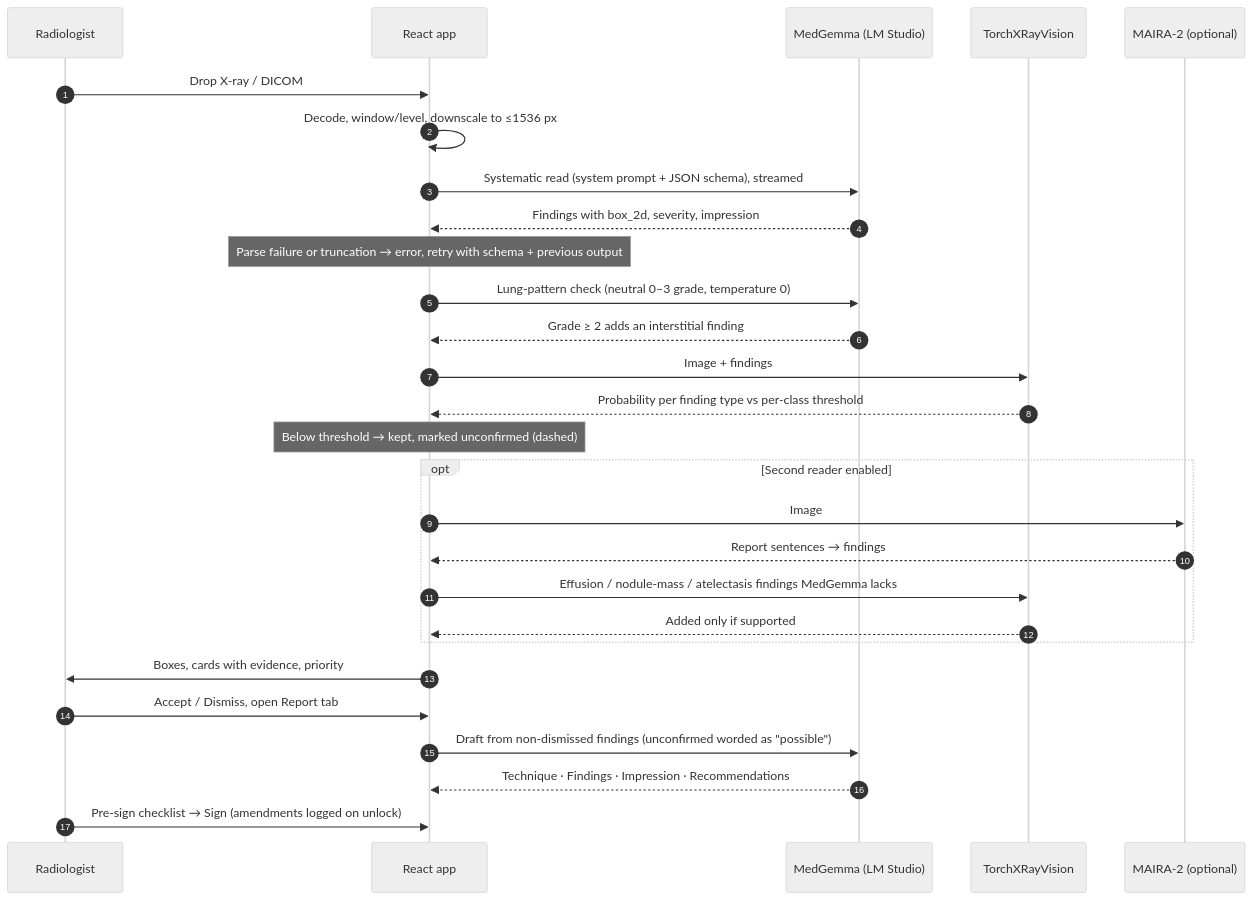
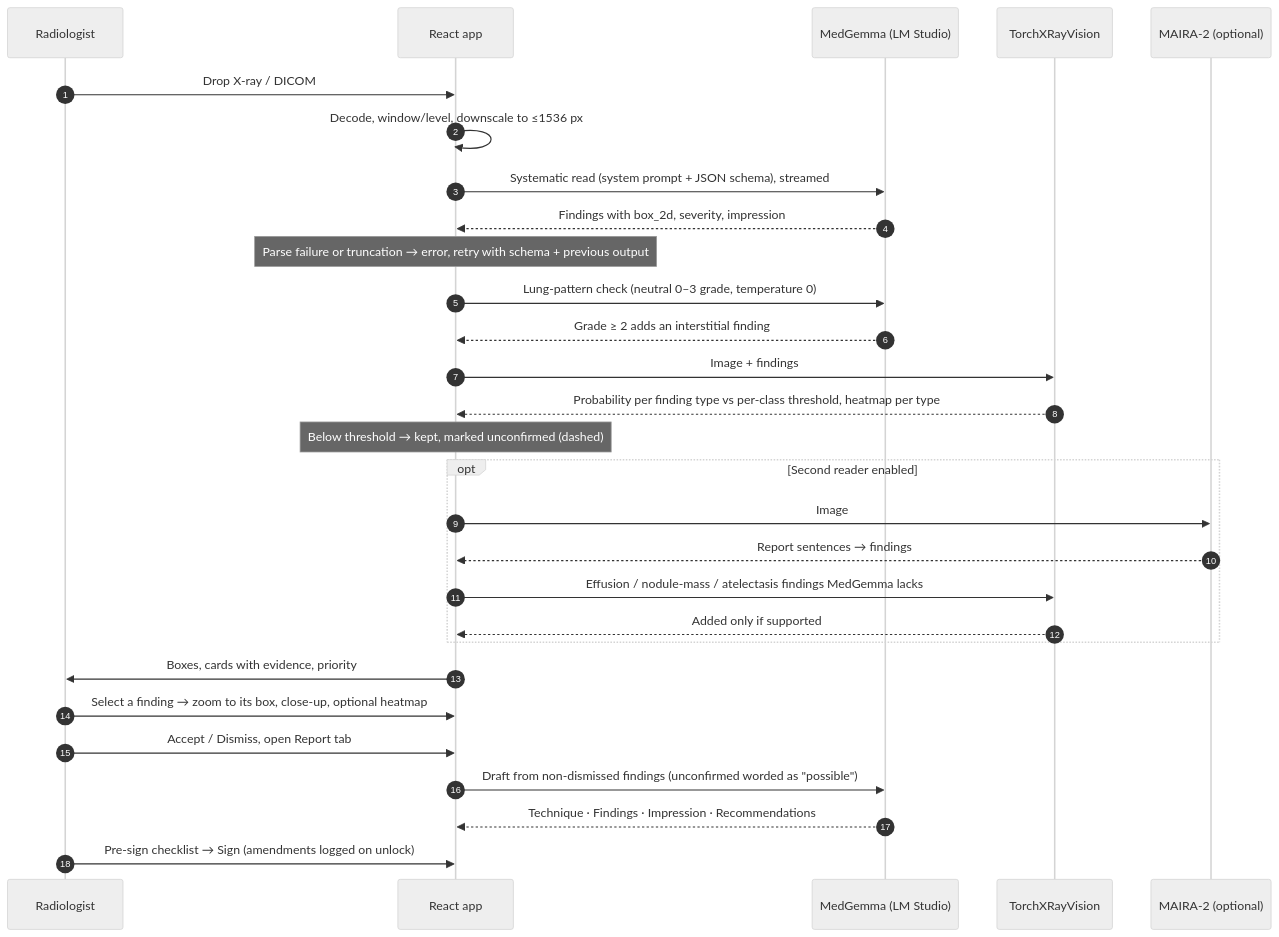
The second of 2 diagrams in README.md (Hitheshkaranth/VoxelRadAI_Terminal), drawn with Mermaid (neutral theme) before and after one commit. The commit also changed other lines of this file and 12 other files, not shown here.

First line of the commit message:
Localised view: zoom to finding, close-up crop, classifier heatmap; setup guide

````diff
--- a/README.md
+++ b/README.md
@@ -139,30 +152,31 @@
 ```mermaid
 sequenceDiagram
     autonumber
     participant U as Radiologist
     participant A as React app
     participant M as MedGemma (LM Studio)
     participant C as TorchXRayVision
     participant R as MAIRA-2 (optional)
     U->>A: Drop X-ray / DICOM
     A->>A: Decode, window/level, downscale to ≤1536 px
     A->>M: Systematic read (system prompt + JSON schema), streamed
     M-->>A: Findings with box_2d, severity, impression
     Note over A: Parse failure or truncation → error, retry with schema + previous output
     A->>M: Lung-pattern check (neutral 0–3 grade, temperature 0)
     M-->>A: Grade ≥ 2 adds an interstitial finding
     A->>C: Image + findings
-    C-->>A: Probability per finding type vs per-class threshold
+    C-->>A: Probability per finding type vs per-class threshold, heatmap per type
     Note over A: Below threshold → kept, marked unconfirmed (dashed)
     opt Second reader enabled
         A->>R: Image
         R-->>A: Report sentences → findings
         A->>C: Effusion / nodule-mass / atelectasis findings MedGemma lacks
         C-->>A: Added only if supported
     end
     A->>U: Boxes, cards with evidence, priority
+    U->>A: Select a finding → zoom to its box, close-up, optional heatmap
     U->>A: Accept / Dismiss, open Report tab
     A->>M: Draft from non-dismissed findings (unconfirmed worded as "possible")
     M-->>A: Technique · Findings · Impression · Recommendations
     U->>A: Pre-sign checklist → Sign (amendments logged on unlock)
 ```
````
